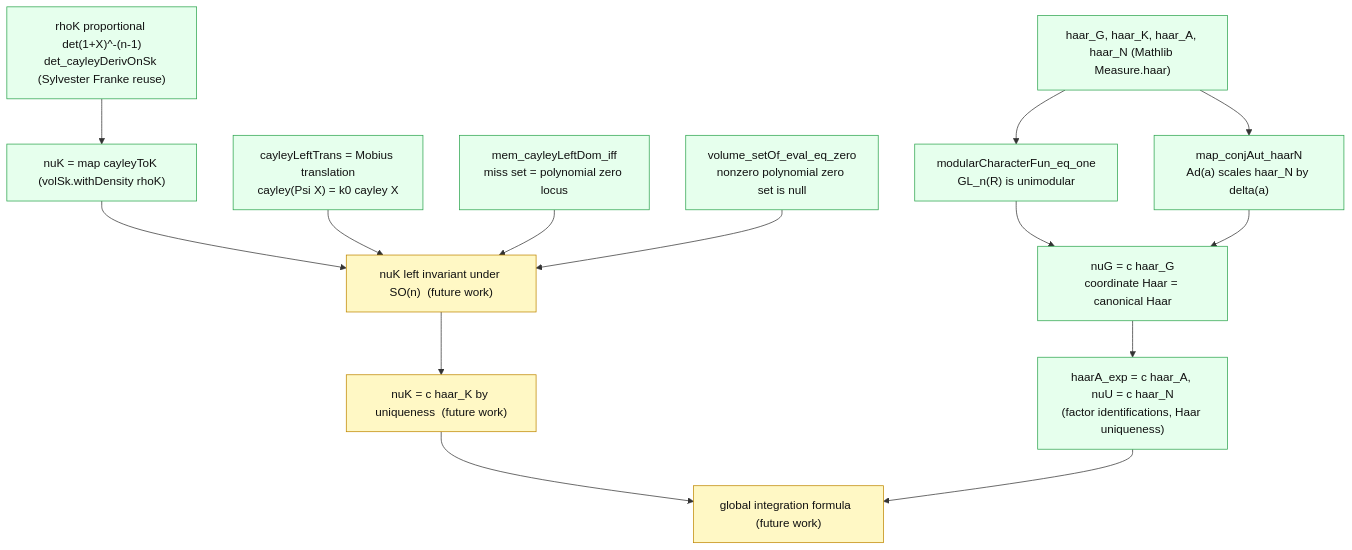
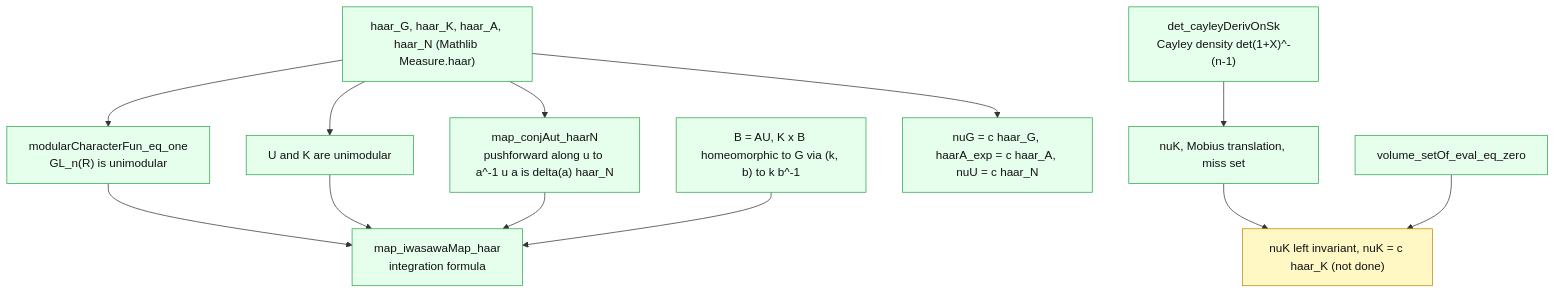
Before and after one commit to CuteSurtr/iwasawa-change-of-coordinates: the diagram in docs/mathematics.md, drawn with Mermaid. The commit also changed other lines of this file and 3 other files, not shown here.

````diff
--- a/docs/mathematics.md
+++ b/docs/mathematics.md
@@ -624,32 +631,27 @@
 ```mermaid
 flowchart TD
     HG["haar_G, haar_K, haar_A, haar_N (Mathlib Measure.haar)"]
     UNI["modularCharacterFun_eq_one<br/>GL_n(R) is unimodular"]
-    CRUX["map_conjAut_haarN<br/>Ad(a) scales haar_N by delta(a)"]
-    NUG["nuG = c haar_G<br/>coordinate Haar = canonical Haar"]
-    AU["haarA_exp = c haar_A, nuU = c haar_N<br/>(factor identifications, Haar uniqueness)"]
-    RHO["rhoK proportional det(1+X)^-(n-1)<br/>det_cayleyDerivOnSk (Sylvester Franke reuse)"]
-    NUK["nuK = map cayleyToK (volSk.withDensity rhoK)"]
-    PSI["cayleyLeftTrans = Mobius translation<br/>cayley(Psi X) = k0 cayley X"]
-    MISS["mem_cayleyLeftDom_iff<br/>miss set = polynomial zero locus"]
-    POLY["volume_setOf_eval_eq_zero<br/>nonzero polynomial zero set is null"]
-    INV["nuK left invariant under SO(n)  (future work)"]
-    ID["nuK = c haar_K by uniqueness  (future work)"]
-    FORM["global integration formula  (future work)"]
+    UNIU["U and K are unimodular"]
+    CRUX["map_conjAut_haarN<br/>pushforward along u to a^-1 u a is delta(a) haar_N"]
+    B["B = AU, K x B homeomorphic to G via (k, b) to k b^-1"]
+    FORM["map_iwasawaMap_haar<br/>integration formula"]
+    NUG["nuG = c haar_G, haarA_exp = c haar_A, nuU = c haar_N"]
+    RHO["det_cayleyDerivOnSk<br/>Cayley density det(1+X)^-(n-1)"]
+    NUK["nuK, Mobius translation, miss set"]
+    POLY["volume_setOf_eval_eq_zero"]
+    INV["nuK left invariant, nuK = c haar_K (not done)"]
 
-    HG --> UNI --> NUG
-    HG --> CRUX --> NUG
-    NUG --> AU
-    RHO --> NUK
-    NUK --> INV
-    PSI --> INV
-    MISS --> INV
+    HG --> UNI --> FORM
+    HG --> UNIU --> FORM
+    HG --> CRUX --> FORM
+    B --> FORM
+    HG --> NUG
+    RHO --> NUK --> INV
     POLY --> INV
-    INV --> ID --> FORM
-    AU --> FORM
 
     classDef ok fill:#e6ffed,stroke:#2da44e,color:#111;
     classDef future fill:#fff8c5,stroke:#bf8700,color:#111;
-    class HG,UNI,CRUX,NUG,AU,RHO,NUK,PSI,MISS,POLY ok;
-    class INV,ID,FORM future;
+    class HG,UNI,UNIU,CRUX,B,FORM,NUG,RHO,NUK,POLY ok;
+    class INV future;
 ```
````
